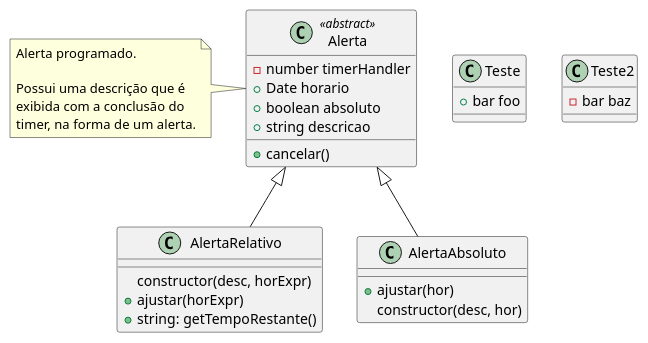
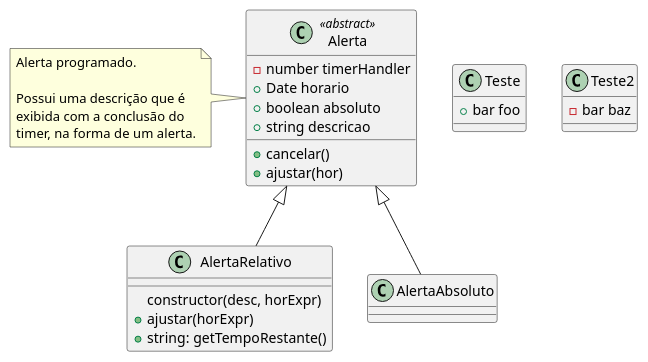
One commit to ruipimentel/plantuml-demo changed the diagram in classes.puml. Above: the diagram before and after it, drawn with PlantUML.

Commit message:
Move ajustar para Alerta e exclui AlertaAbsoluto

```diff
--- a/classes.puml
+++ b/classes.puml
@@ -1,36 +1,32 @@
 @startuml "Classes"
 
 top to bottom direction
 
 class Teste {
   + bar foo
 }
 
 class Alerta <<abstract>> {
   - number timerHandler
   + Date horario
   + boolean absoluto
   + string descricao
   + cancelar()
+  + ajustar(hor)
 }
 note left of Alerta : Alerta programado.\n\nPossui uma descrição que é\nexibida com a conclusão do\ntimer, na forma de um alerta.
 
 class AlertaRelativo {
   constructor(desc, horExpr)
   + ajustar(horExpr)
   + string: getTempoRestante()
-}
-
-class AlertaAbsoluto {
-  + ajustar(hor)
-  constructor(desc, hor)
 }
 
 class Teste2 {
   - bar baz
 }
 
 Alerta <|-- AlertaRelativo
 Alerta <|-- AlertaAbsoluto
 
 @enduml
```
